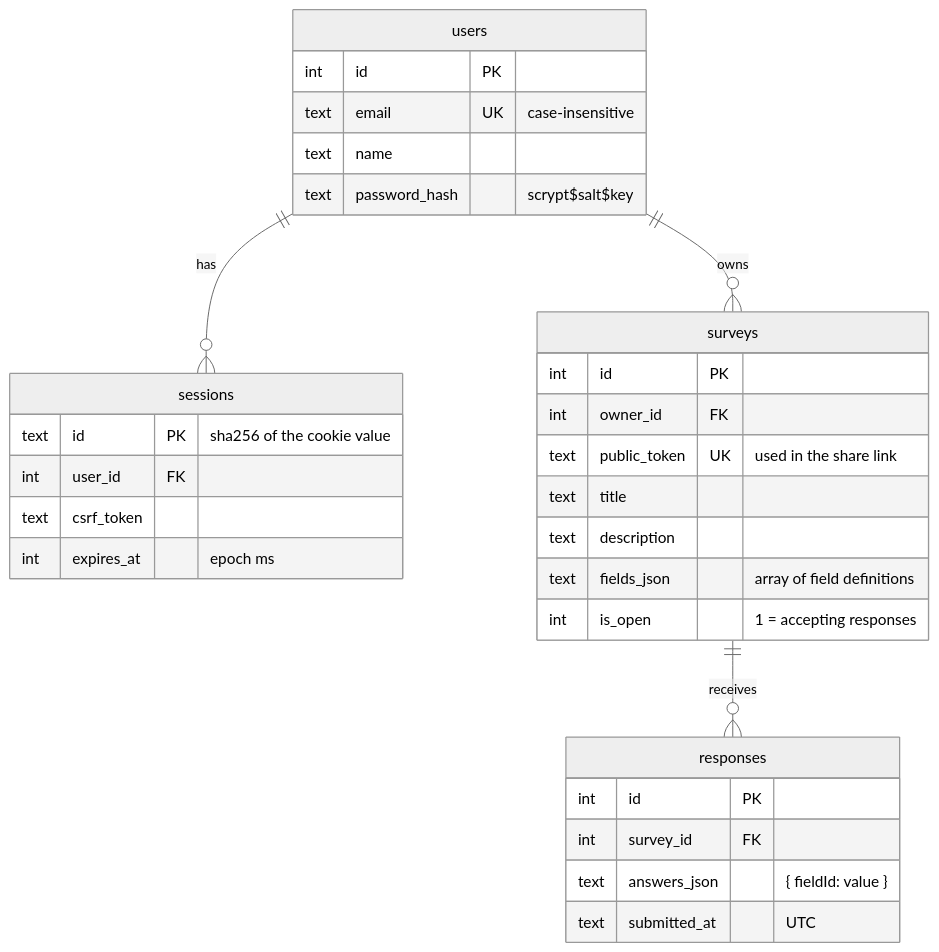
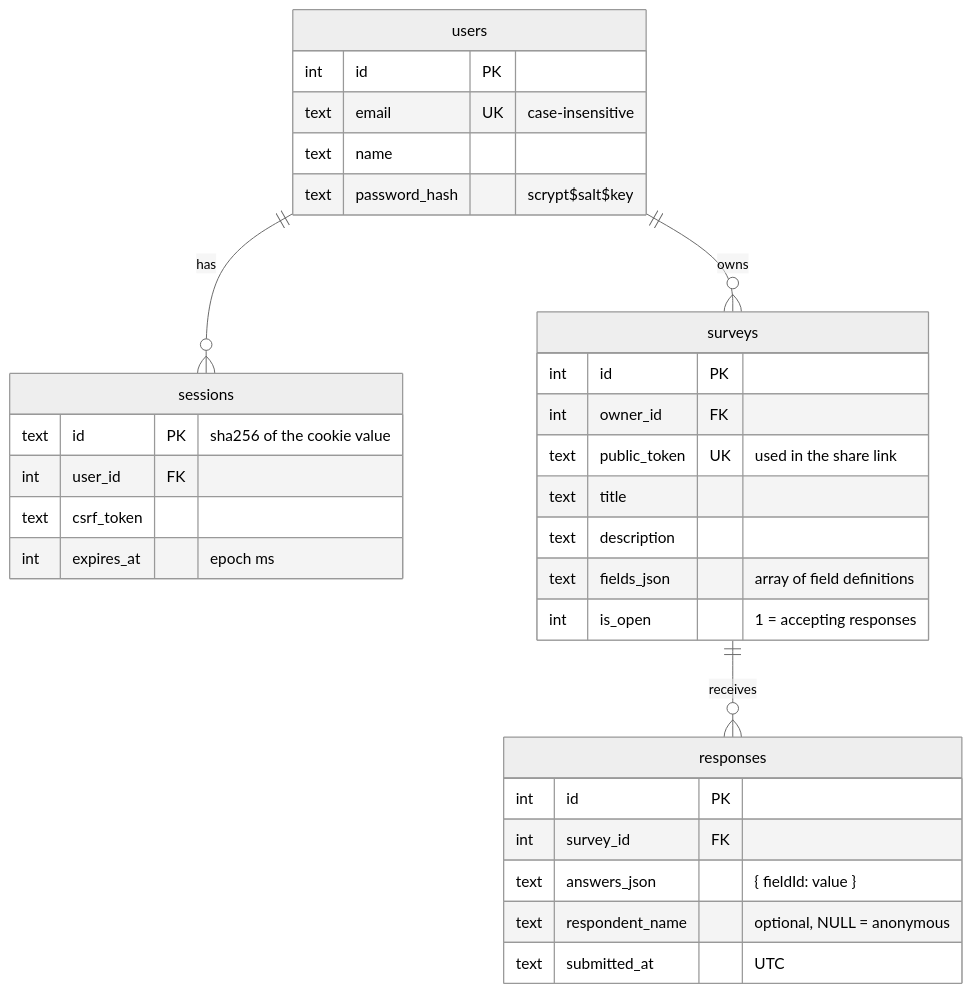
The second of 2 diagrams in CODE_GUIDE.md (yendri404/survery), drawn with Mermaid (neutral theme) before and after one commit. The commit also changed other lines of this file and 10 other files, not shown here.

````diff
--- a/CODE_GUIDE.md
+++ b/CODE_GUIDE.md
@@ -132,34 +132,35 @@
 ```mermaid
 erDiagram
     users ||--o{ sessions : has
     users ||--o{ surveys : owns
     surveys ||--o{ responses : receives
 
     users {
         int id PK
         text email UK "case-insensitive"
         text name
         text password_hash "scrypt$salt$key"
     }
     sessions {
         text id PK "sha256 of the cookie value"
         int user_id FK
         text csrf_token
         int expires_at "epoch ms"
     }
     surveys {
         int id PK
         int owner_id FK
         text public_token UK "used in the share link"
         text title
         text description
         text fields_json "array of field definitions"
         int is_open "1 = accepting responses"
     }
     responses {
         int id PK
         int survey_id FK
         text answers_json "{ fieldId: value }"
+        text respondent_name "optional, NULL = anonymous"
         text submitted_at "UTC"
     }
 ```
````
